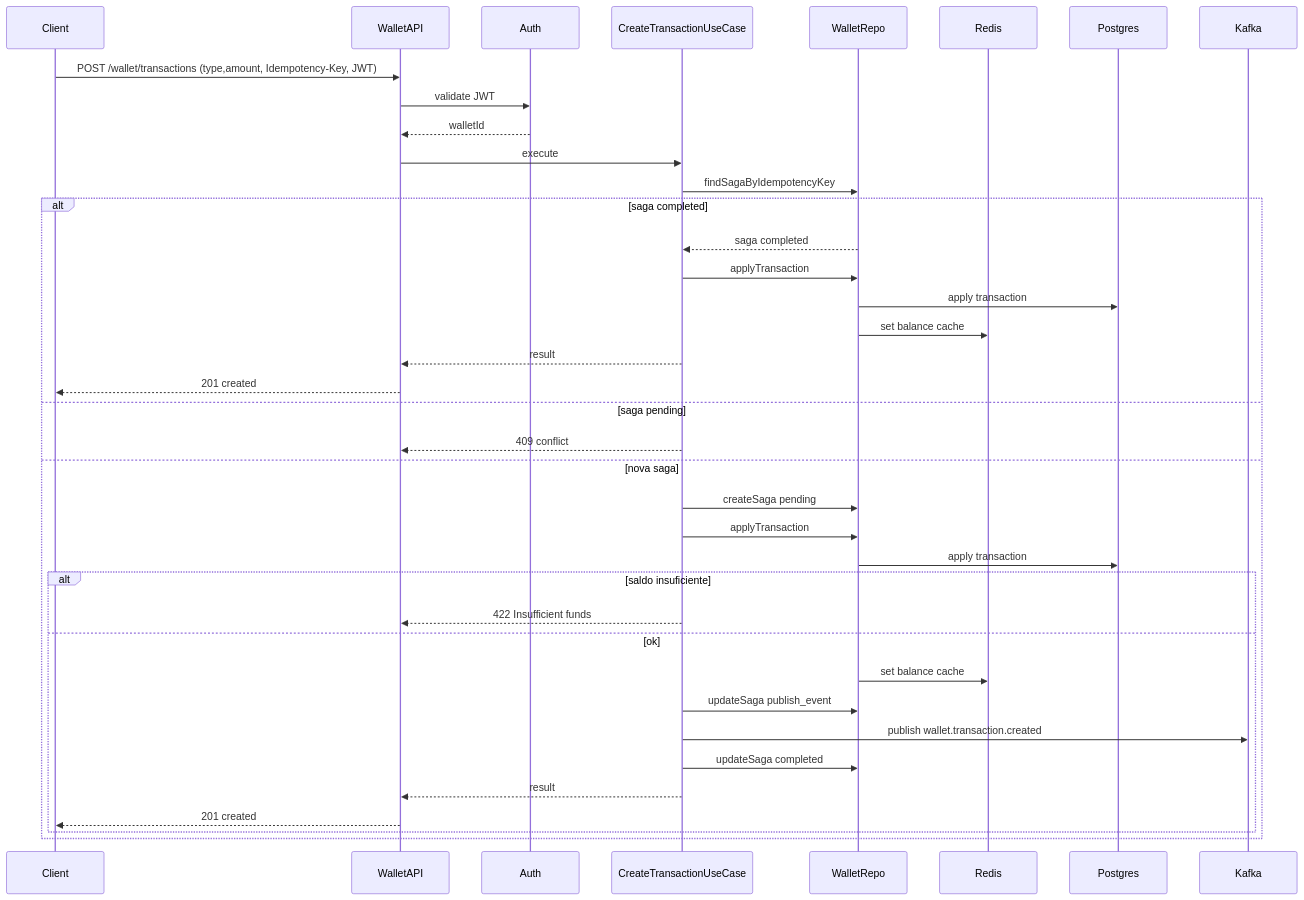
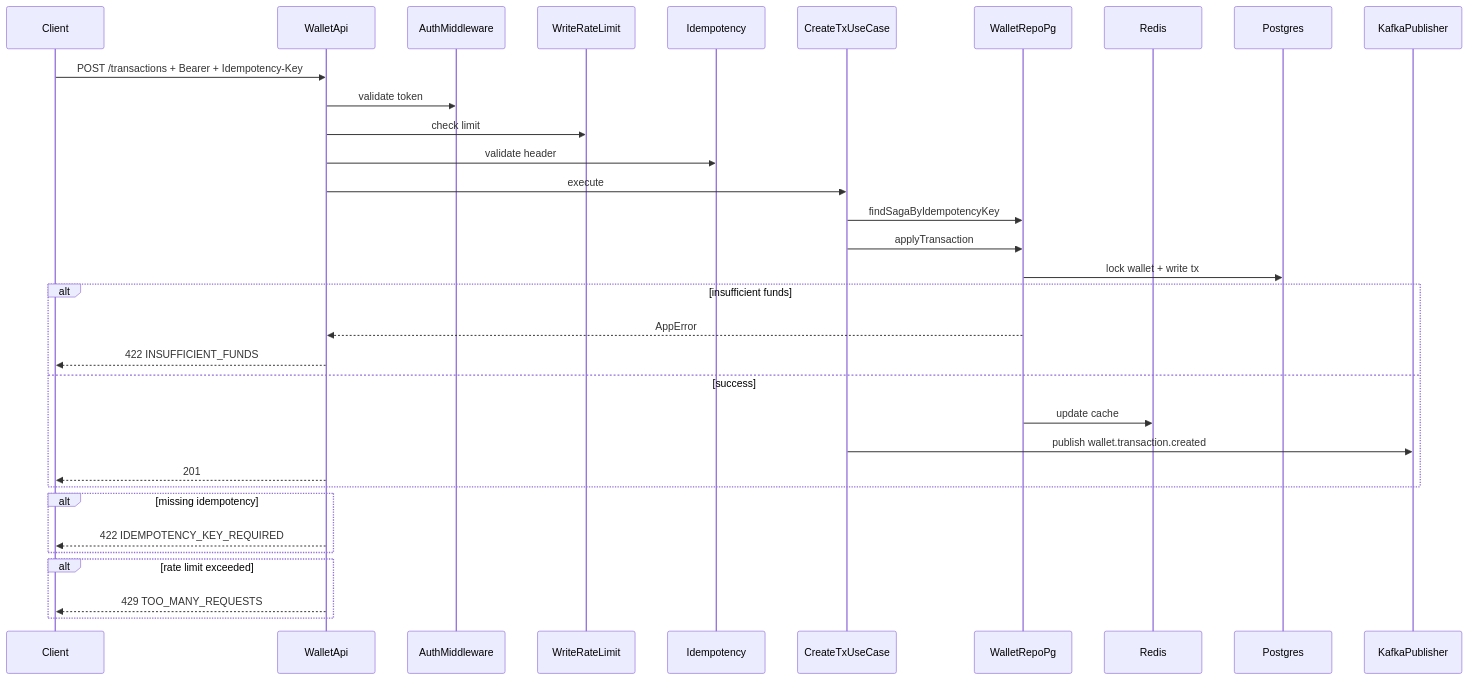
Before and after one commit to rodrigocardosodev/ilia-nodejs-challenge: the fourth of 7 diagrams in README.md, drawn with Mermaid. The commit also changed other lines of this file, not shown here.

Commit message:
docs: update README to include detailed API endpoints, rate limiting information, and observability setup with Prometheus and Grafana

````diff
--- a/README.md
+++ b/README.md
@@ -231,41 +318,36 @@
 ```mermaid
 sequenceDiagram
     participant Client
-    participant WalletAPI
-    participant Auth
-    participant CreateTransactionUseCase
-    participant WalletRepo
+    participant WalletApi
+    participant AuthMiddleware
+    participant WriteRateLimit
+    participant Idempotency
+    participant CreateTxUseCase
+    participant WalletRepoPg
     participant Redis
     participant Postgres
-    participant Kafka
+    participant KafkaPublisher
 
-    Client->>WalletAPI: POST /wallet/transactions (type,amount, Idempotency-Key, JWT)
-    WalletAPI->>Auth: validate JWT
-    Auth-->>WalletAPI: walletId
-    WalletAPI->>CreateTransactionUseCase: execute
-    CreateTransactionUseCase->>WalletRepo: findSagaByIdempotencyKey
-    alt saga completed
-        WalletRepo-->>CreateTransactionUseCase: saga completed
-        CreateTransactionUseCase->>WalletRepo: applyTransaction
-        WalletRepo->>Postgres: apply transaction
-        WalletRepo->>Redis: set balance cache
-        CreateTransactionUseCase-->>WalletAPI: result
-        WalletAPI-->>Client: 201 created
-    else saga pending
-        CreateTransactionUseCase-->>WalletAPI: 409 conflict
-    else nova saga
-        CreateTransactionUseCase->>WalletRepo: createSaga pending
-        CreateTransactionUseCase->>WalletRepo: applyTransaction
-        WalletRepo->>Postgres: apply transaction
-        alt saldo insuficiente
-            CreateTransactionUseCase-->>WalletAPI: 422 Insufficient funds
-        else ok
-            WalletRepo->>Redis: set balance cache
-            CreateTransactionUseCase->>WalletRepo: updateSaga publish_event
-            CreateTransactionUseCase->>Kafka: publish wallet.transaction.created
-            CreateTransactionUseCase->>WalletRepo: updateSaga completed
-            CreateTransactionUseCase-->>WalletAPI: result
-            WalletAPI-->>Client: 201 created
-        end
+    Client->>WalletApi: POST /transactions + Bearer + Idempotency-Key
+    WalletApi->>AuthMiddleware: validate token
+    WalletApi->>WriteRateLimit: check limit
+    WalletApi->>Idempotency: validate header
+    WalletApi->>CreateTxUseCase: execute
+    CreateTxUseCase->>WalletRepoPg: findSagaByIdempotencyKey
+    CreateTxUseCase->>WalletRepoPg: applyTransaction
+    WalletRepoPg->>Postgres: lock wallet + write tx
+    alt insufficient funds
+        WalletRepoPg-->>WalletApi: AppError
+        WalletApi-->>Client: 422 INSUFFICIENT_FUNDS
+    else success
+        WalletRepoPg->>Redis: update cache
+        CreateTxUseCase->>KafkaPublisher: publish wallet.transaction.created
+        WalletApi-->>Client: 201
+    end
+    alt missing idempotency
+        WalletApi-->>Client: 422 IDEMPOTENCY_KEY_REQUIRED
+    end
+    alt rate limit exceeded
+        WalletApi-->>Client: 429 TOO_MANY_REQUESTS
     end
 ```
````
